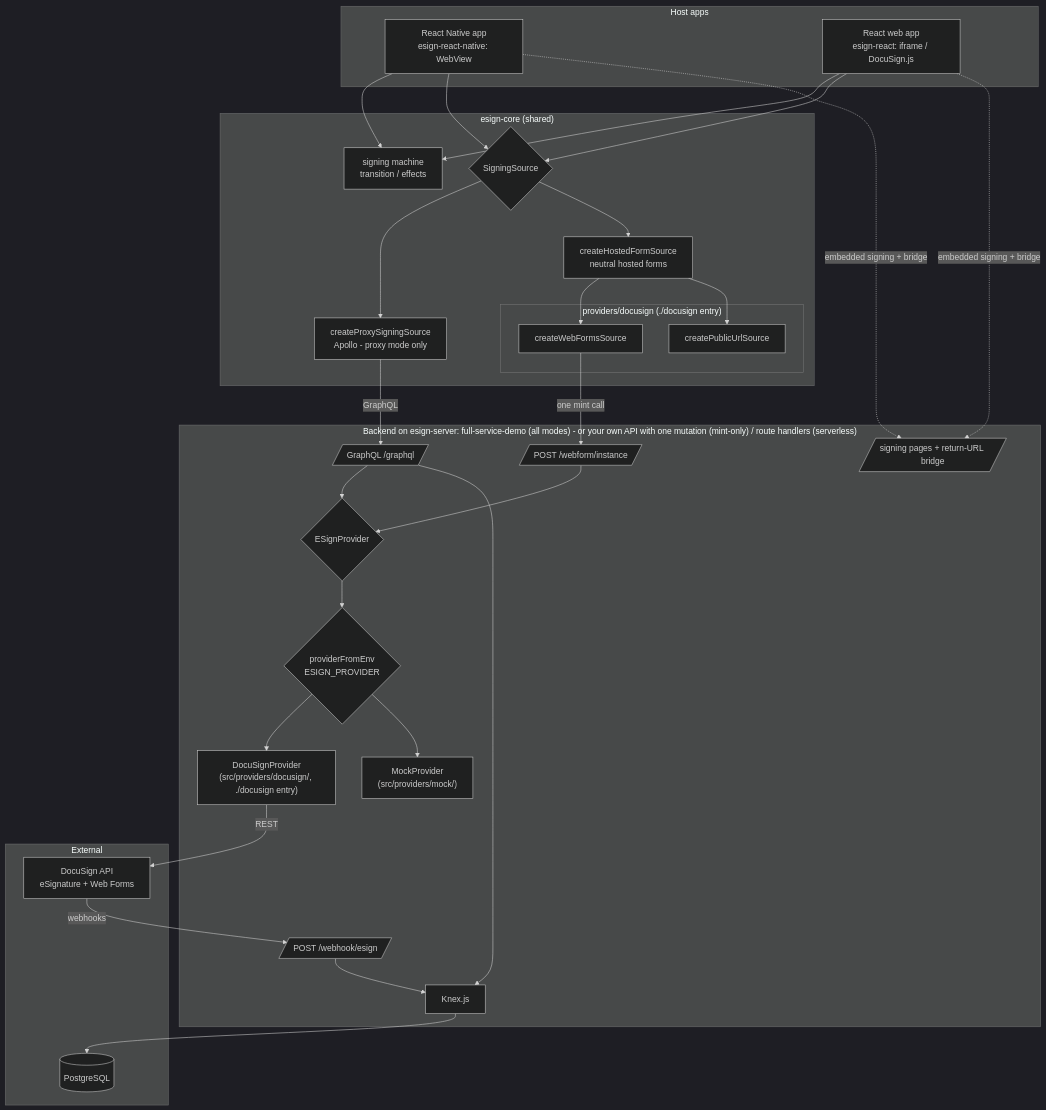
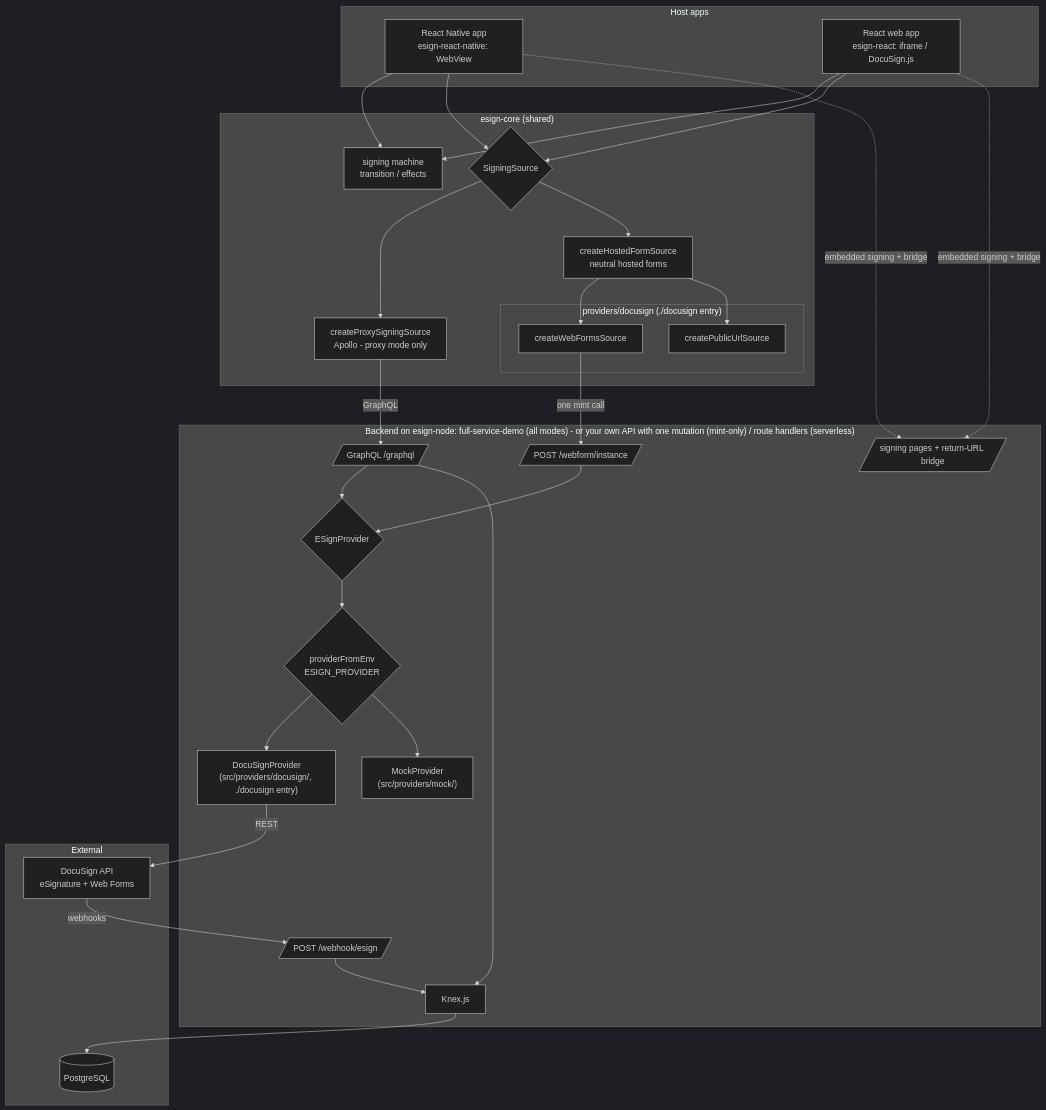
The diagram in docs/diagrams/src/system-architecture.mmd (blinkbitcoin/esign), drawn with Mermaid (dark theme) before and after one commit. The commit also changed 170 other files, not shown here.

First line of the commit message:
refactor(node): rename esign-server to esign-node

```diff
--- a/docs/diagrams/src/system-architecture.mmd
+++ b/docs/diagrams/src/system-architecture.mmd
@@ -1,53 +1,53 @@
 flowchart TB
     subgraph Hosts["Host apps"]
         RN[React Native app<br/>esign-react-native: WebView]
         WEB[React web app<br/>esign-react: iframe / DocuSign.js]
     end
 
     subgraph Core["esign-core (shared)"]
         MACHINE[signing machine<br/>transition / effects]
         SRC{SigningSource}
         PROXY[createProxySigningSource<br/>Apollo - proxy mode only]
         HF[createHostedFormSource<br/>neutral hosted forms]
         subgraph CoreDS["providers/docusign (./docusign entry)"]
             WF[createWebFormsSource]
             PUB[createPublicUrlSource]
         end
     end
 
-    subgraph Backend["Backend on esign-server: full-service-demo (all modes) - or your own API with one mutation (mint-only) / route handlers (serverless)"]
+    subgraph Backend["Backend on esign-node: full-service-demo (all modes) - or your own API with one mutation (mint-only) / route handlers (serverless)"]
         GQL[/"GraphQL /graphql"/]
         WFI[/"POST /webform/instance"/]
         WH[/"POST /webhook/esign"/]
         SP[/"signing pages + return-URL bridge"/]
         PROV{ESignProvider}
         DS["DocuSignProvider<br/>(src/providers/docusign/, ./docusign entry)"]
         MOCK["MockProvider<br/>(src/providers/mock/)"]
         REG{providerFromEnv<br/>ESIGN_PROVIDER}
         KNEX[Knex.js]
     end
 
     subgraph External["External"]
         DOCU[DocuSign API<br/>eSignature + Web Forms]
         DB[(PostgreSQL)]
     end
 
     RN --> MACHINE
     WEB --> MACHINE
     RN --> SRC
     WEB --> SRC
     SRC --> PROXY & HF
     HF --> WF & PUB
     PROXY -->|GraphQL| GQL
     WF -->|one mint call| WFI
     GQL --> PROV
     WFI --> PROV
     PROV --> REG
     REG --> DS & MOCK
     DS -->|REST| DOCU
     DOCU -->|webhooks| WH
     GQL --> KNEX
     WH --> KNEX
     KNEX --> DB
     RN -.->|embedded signing + bridge| SP
     WEB -.->|embedded signing + bridge| SP
```
